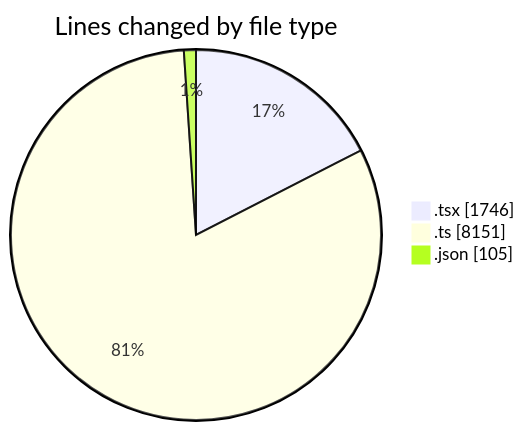
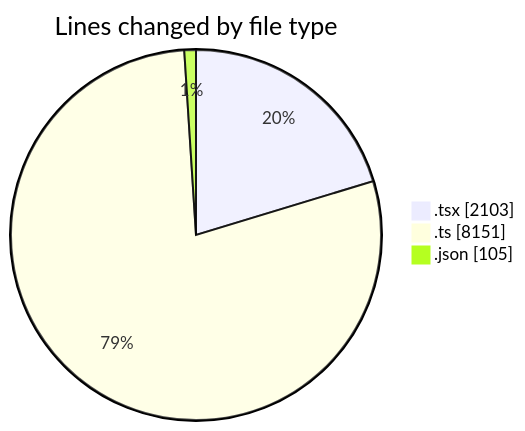
The first of 2 diagrams in 2025-07-09/cda/README.md (momahboobian/code-tracking), drawn with Mermaid before and after one commit. The commit also changed other lines of this file and 1 other file, not shown here.

````diff
--- a/2025-07-09/cda/README.md
+++ b/2025-07-09/cda/README.md
@@ -27,7 +29,7 @@
 ```mermaid
 pie showData
 title Lines changed by file type
-".tsx" : 1746
+".tsx" : 2103
 ".ts" : 8151
 ".json" : 105
 ```
````
